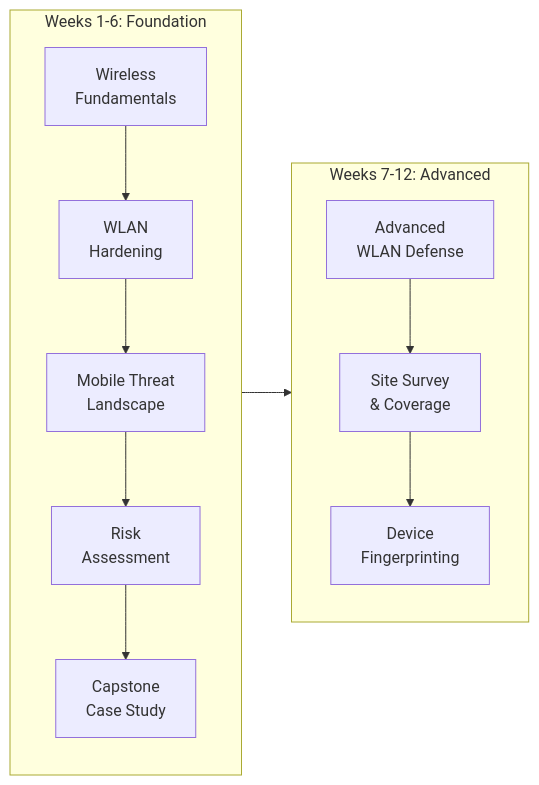
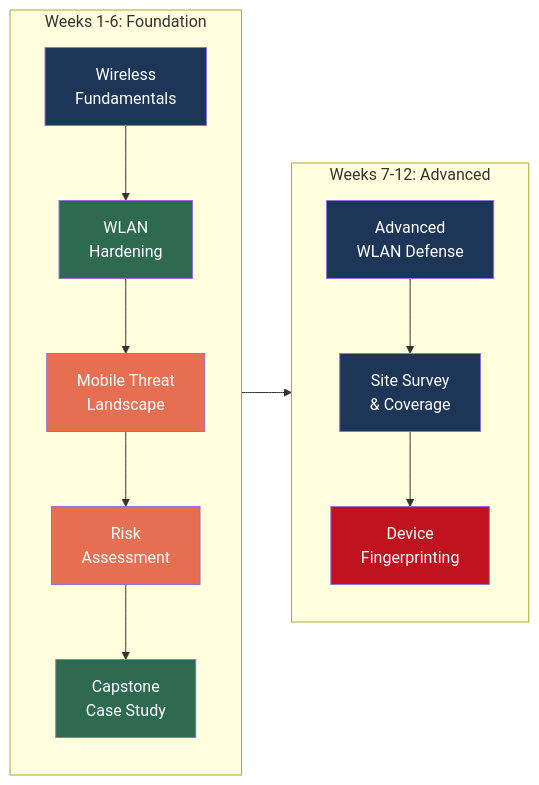
The diagram in CC/Winter 2025/Mobile Wireless Security - Mohamed Jbeili - CSC-7306/WEEKLY_TOPIC_MAP.md (RossMora-Pilots/405-Mobile-Wireless-Security), drawn with Mermaid before and after one commit. The commit also changed 6 other files, not shown here.

First line of the commit message:
Remediate 5 growth areas: defense validation, risk quantification, lessons learned, visual palette, new diagrams

````diff
--- a/CC/Winter 2025/Mobile Wireless Security - Mohamed Jbeili - CSC-7306/WEEKLY_TOPIC_MAP.md
+++ b/CC/Winter 2025/Mobile Wireless Security - Mohamed Jbeili - CSC-7306/WEEKLY_TOPIC_MAP.md
@@ -46,14 +46,23 @@
 ```mermaid
 flowchart LR
     subgraph Foundation["Weeks 1-6: Foundation"]
         A[Wireless<br/>Fundamentals] --> B[WLAN<br/>Hardening]
         B --> C[Mobile Threat<br/>Landscape]
         C --> D[Risk<br/>Assessment]
         D --> E[Capstone<br/>Case Study]
     end
     subgraph Advanced["Weeks 7-12: Advanced"]
         F[Advanced<br/>WLAN Defense] --> G[Site Survey<br/>& Coverage]
         G --> H[Device<br/>Fingerprinting]
     end
     Foundation --> Advanced
+
+    style A fill:#1d3557,color:#fff
+    style B fill:#2d6a4f,color:#fff
+    style C fill:#e76f51,color:#fff
+    style D fill:#e76f51,color:#fff
+    style E fill:#2d6a4f,color:#fff
+    style F fill:#1d3557,color:#fff
+    style G fill:#1d3557,color:#fff
+    style H fill:#c1121f,color:#fff
 ```
````
